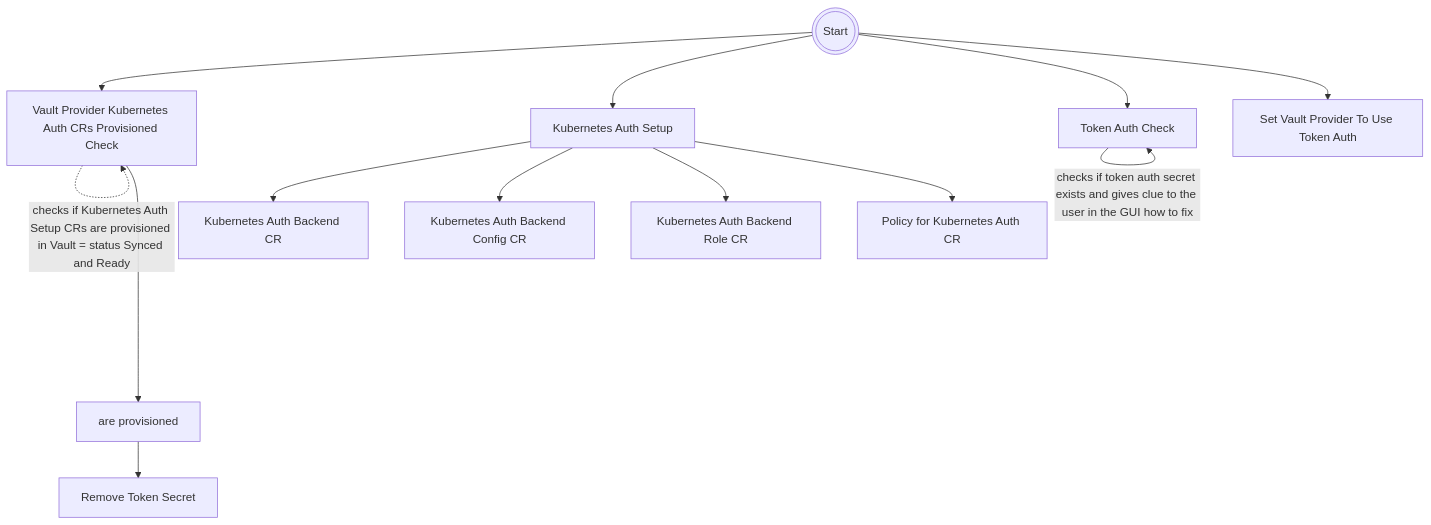
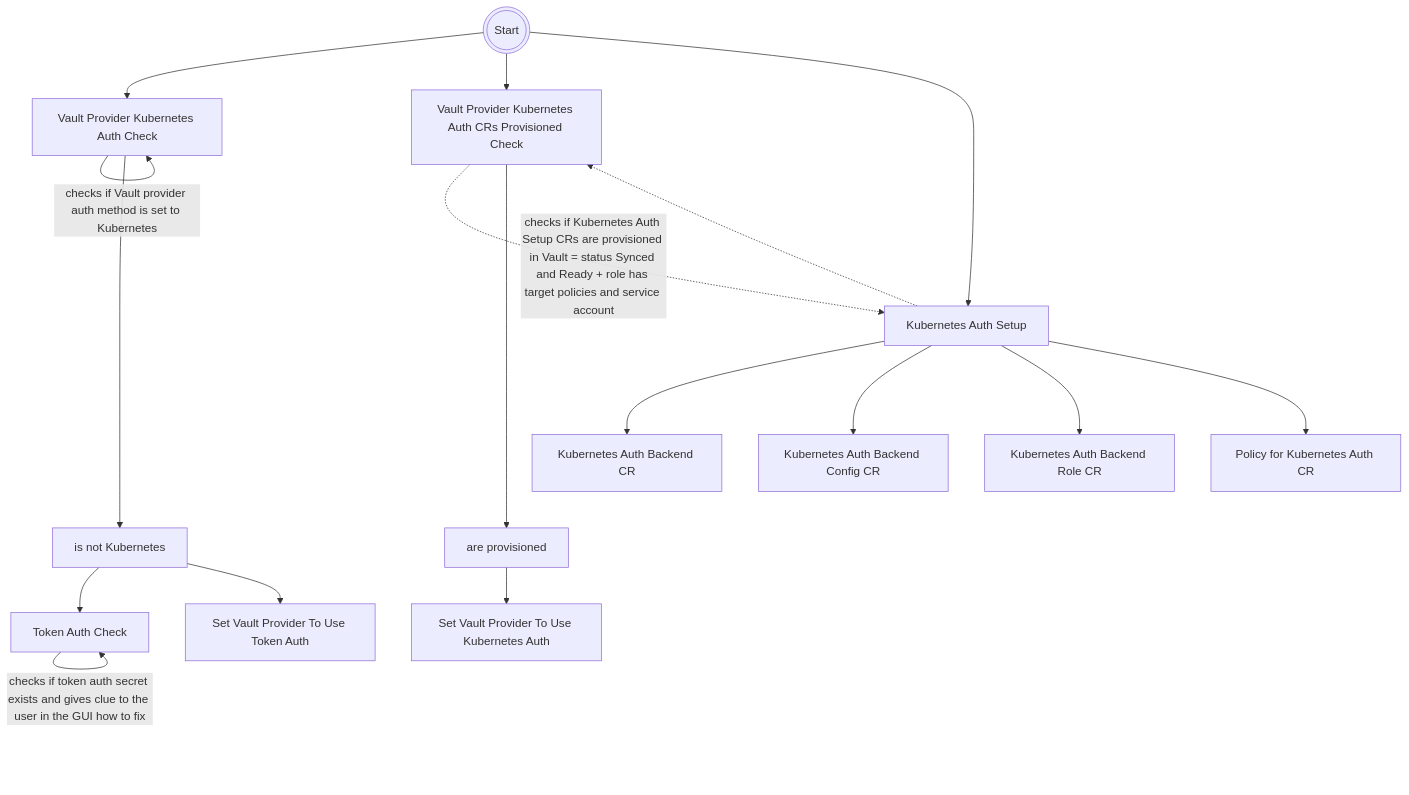
One commit to gr8it/charts-openshift changed the diagram in charts/crossplane-vault-provider-bootstrap/README.md. Above: the diagram before and after it, drawn with Mermaid. The commit also changed other lines of this file and 29 other files, not shown here.

````diff
--- a/charts/crossplane-vault-provider-bootstrap/README.md
+++ b/charts/crossplane-vault-provider-bootstrap/README.md
@@ -10,31 +3,38 @@
 ```mermaid
 flowchart TD
     S(((Start)))
     VPTA[Set Vault Provider To Use Token Auth]
+    VPKAC[Vault Provider Kubernetes Auth Check]
+    VPKACO[is not Kubernetes]
     VPKAPC[Vault Provider Kubernetes Auth CRs Provisioned Check]
     VPKAPCP[are provisioned]
     TAC[Token Auth Check]
-    TR[Remove Token Secret]
     KAS[Kubernetes Auth Setup]
     KAB[Kubernetes Auth Backend CR]
     KABC[Kubernetes Auth Backend Config CR]
     KABR[Kubernetes Auth Backend Role CR]
     PKA[Policy for Kubernetes Auth CR]
+    VPKA[Set Vault Provider To Use Kubernetes Auth]
     
+    S --> VPKAC
     S --> VPKAPC
     S --> KAS
 
-    VPKAPC -.->|checks if Kubernetes Auth Setup CRs are provisioned in Vault = status Synced and Ready| VPKAPC
+    VPKAC -- checks if Vault provider auth method is set to Kubernetes --> VPKAC
+    VPKAPC -.->|checks if Kubernetes Auth Setup CRs are provisioned in Vault = status Synced and Ready + role has target policies and service account| KAS
+    KAS -.->VPKAPC
     TAC -- checks if token auth secret exists and gives clue to the user in the GUI how to fix --> TAC
 
-    S --> TAC
-    S --> VPTA
+    VPKAC ----> VPKACO
+    VPKACO --> TAC
+    VPKACO --> VPTA
+
 
     KAS --> KAB
     KAS --> KABC
     KAS --> KABR
     KAS --> PKA
     
     VPKAPC ----> VPKAPCP
-    VPKAPCP --> TR
+    VPKAPCP --> VPKA
 ```
````
